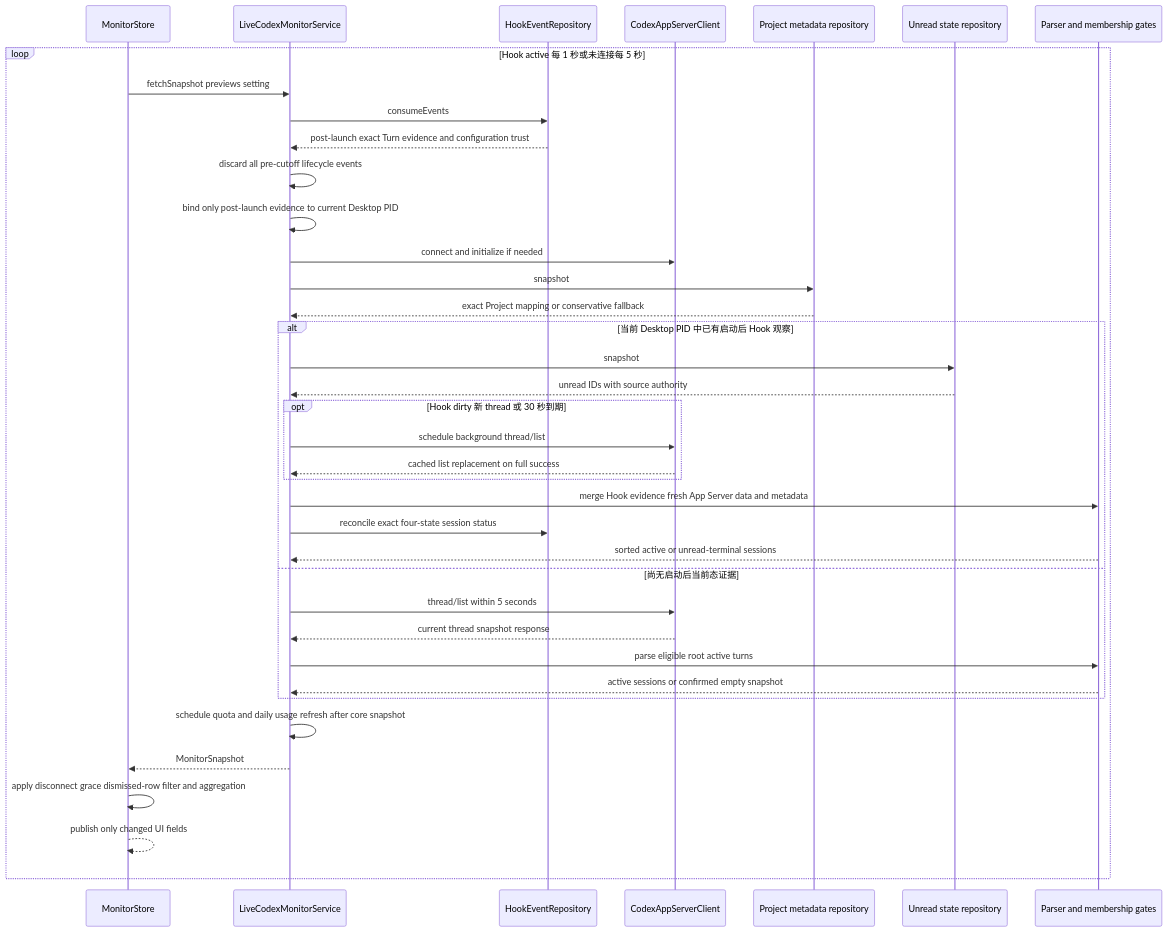
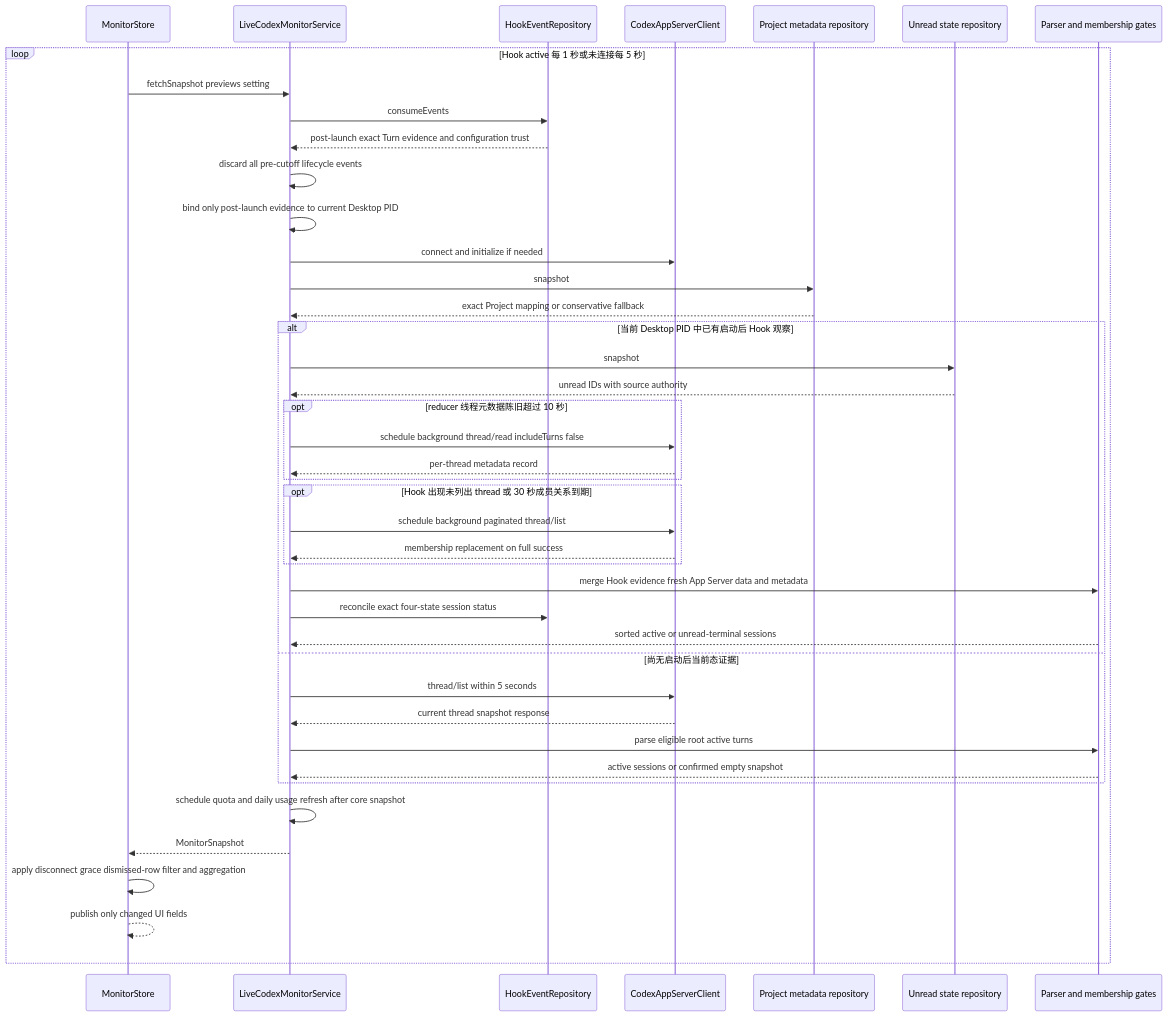
One commit to soondubu137/notchline changed the second of 6 diagrams in docs/system-architecture.md. Above: the diagram before and after it, drawn with Mermaid. The commit also changed other lines of this file and 9 other files, not shown here.

First line of the commit message:
Rework App Server transport, request granularity, and startup scope

````diff
--- a/docs/system-architecture.md
+++ b/docs/system-architecture.md
@@ -139,43 +142,47 @@
 ```mermaid
 sequenceDiagram
     participant store as MonitorStore
     participant service as LiveCodexMonitorService
     participant hooks as HookEventRepository
     participant appServer as CodexAppServerClient
     participant project as Project metadata repository
     participant unread as Unread state repository
     participant reducer as Parser and membership gates
 
     loop Hook active 每 1 秒或未连接每 5 秒
         store->>service: fetchSnapshot previews setting
         service->>hooks: consumeEvents
         hooks-->>service: post-launch exact Turn evidence and configuration trust
         service->>service: discard all pre-cutoff lifecycle events
         service->>service: bind only post-launch evidence to current Desktop PID
         service->>appServer: connect and initialize if needed
         service->>project: snapshot
         project-->>service: exact Project mapping or conservative fallback
 
         alt 当前 Desktop PID 中已有启动后 Hook 观察
             service->>unread: snapshot
             unread-->>service: unread IDs with source authority
-            opt Hook dirty 新 thread 或 30 秒到期
-                service->>appServer: schedule background thread/list
-                appServer-->>service: cached list replacement on full success
+            opt reducer 线程元数据陈旧超过 10 秒
+                service->>appServer: schedule background thread/read includeTurns false
+                appServer-->>service: per-thread metadata record
+            end
+            opt Hook 出现未列出 thread 或 30 秒成员关系到期
+                service->>appServer: schedule background paginated thread/list
+                appServer-->>service: membership replacement on full success
             end
             service->>reducer: merge Hook evidence fresh App Server data and metadata
             service->>hooks: reconcile exact four-state session status
             reducer-->>service: sorted active or unread-terminal sessions
         else 尚无启动后当前态证据
             service->>appServer: thread/list within 5 seconds
             appServer-->>service: current thread snapshot response
             service->>reducer: parse eligible root active turns
             reducer-->>service: active sessions or confirmed empty snapshot
         end
 
         service->>service: schedule quota and daily usage refresh after core snapshot
         service-->>store: MonitorSnapshot
         store->>store: apply disconnect grace dismissed-row filter and aggregation
         store-->>store: publish only changed UI fields
     end
 ```
````
